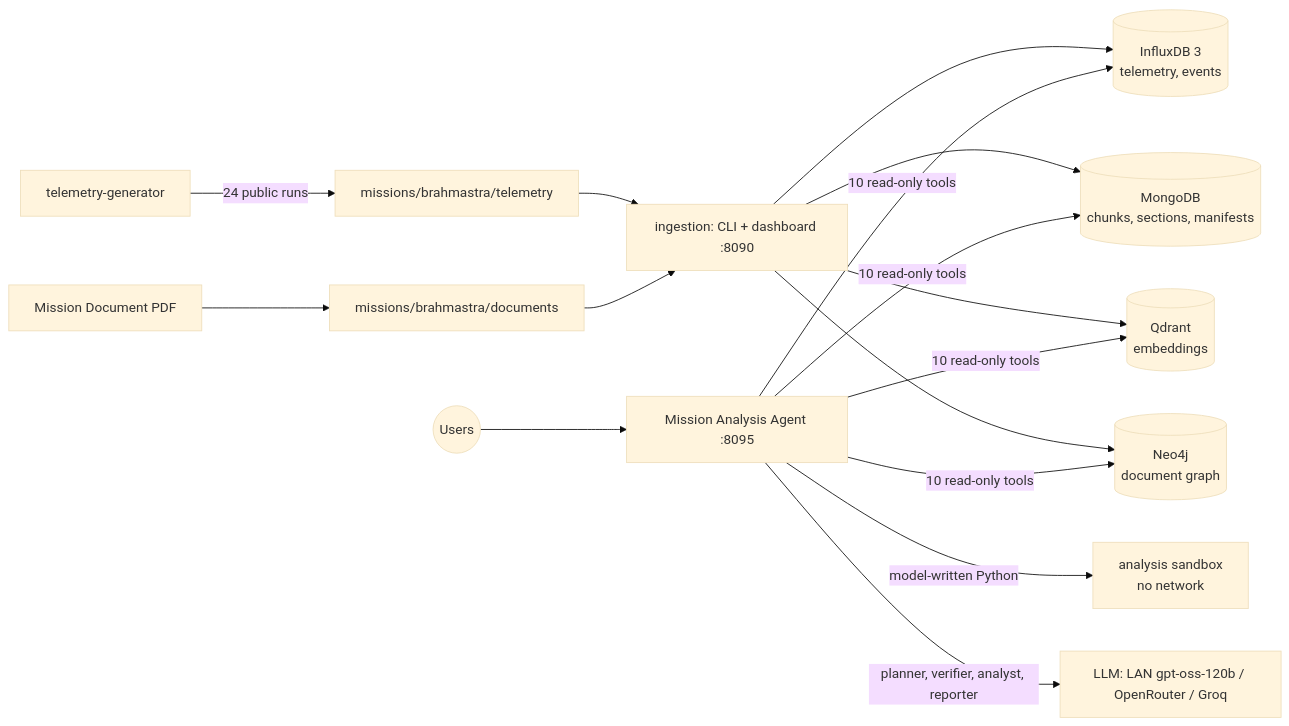
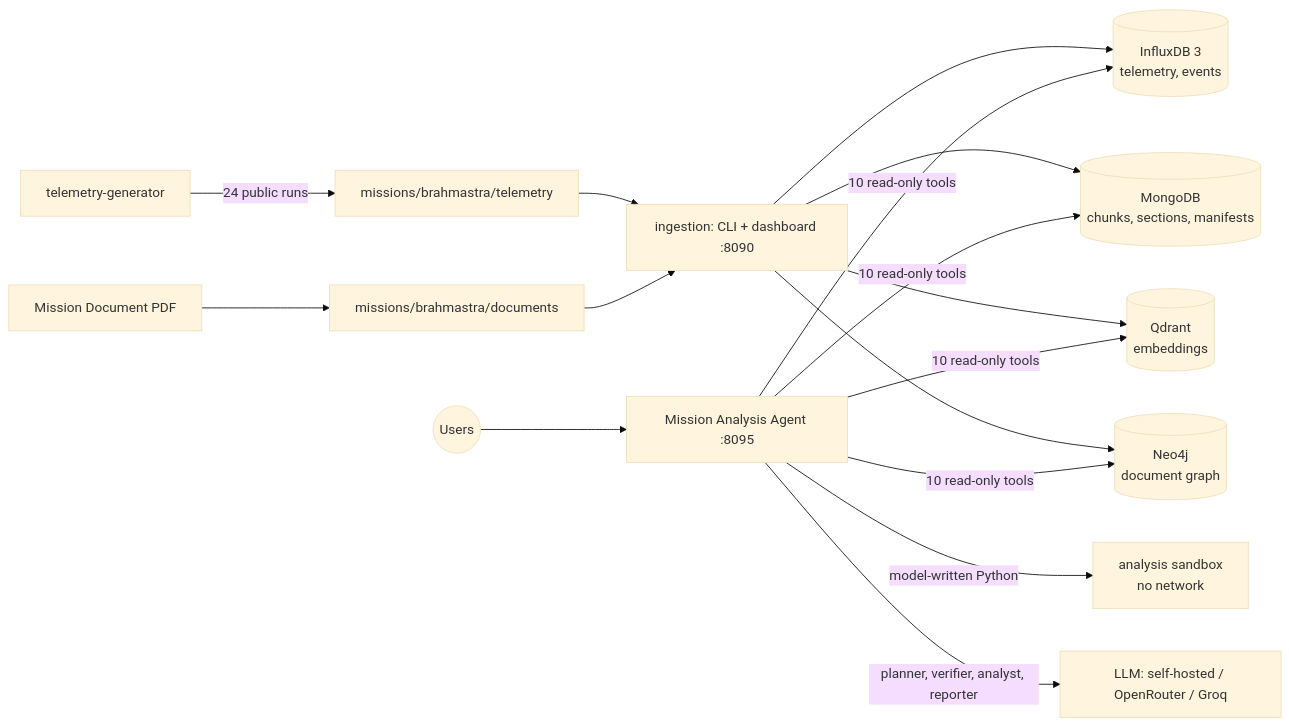
Before and after one commit to ssri14/Agentic-Setup-Demo: the diagram in README.md, drawn with Mermaid (base theme). The commit also changed other lines of this file and 13 other files, not shown here.

````diff
--- a/README.md
+++ b/README.md
@@ -21,15 +21,15 @@
 ```mermaid
 flowchart LR
   G[telemetry-generator] -->|24 public runs| T[missions/brahmastra/telemetry]
   P[Mission Document PDF] --> DOC[missions/brahmastra/documents]
   T --> ING[ingestion: CLI + dashboard :8090]
   DOC --> ING
   ING --> I[(InfluxDB 3<br/>telemetry, events)]
   ING --> M[(MongoDB<br/>chunks, sections, manifests)]
   ING --> Q[(Qdrant<br/>embeddings)]
   ING --> N[(Neo4j<br/>document graph)]
   U((Users)) --> W[Mission Analysis Agent :8095]
   W -->|10 read-only tools| I & M & Q & N
   W -->|model-written Python| S[analysis sandbox<br/>no network]
-  W -->|planner, verifier, analyst, reporter| L[LLM: LAN gpt-oss-120b / OpenRouter / Groq]
+  W -->|planner, verifier, analyst, reporter| L[LLM: self-hosted / OpenRouter / Groq]
 ```
````
